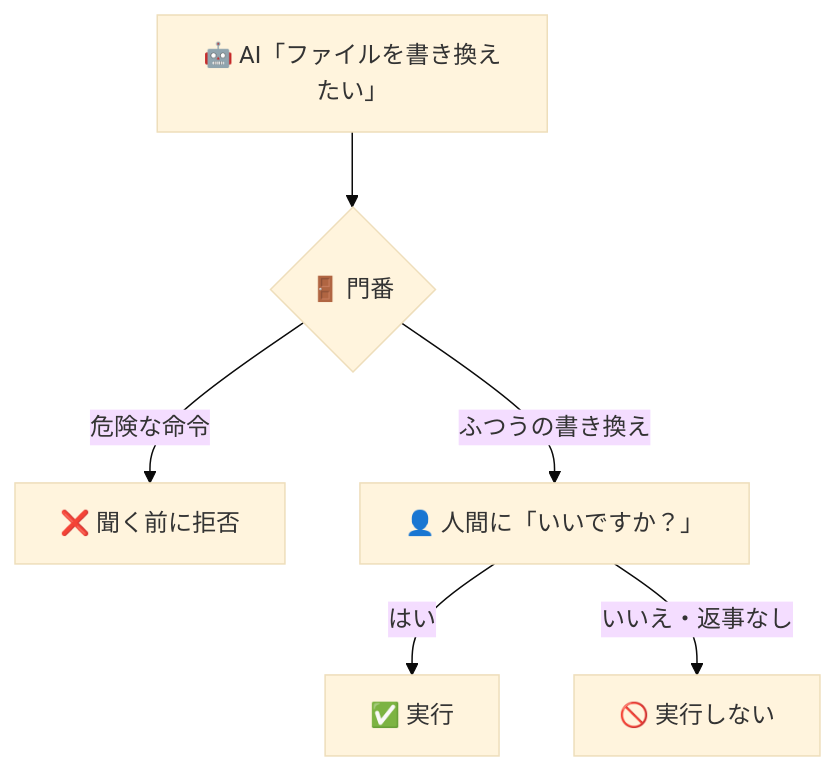
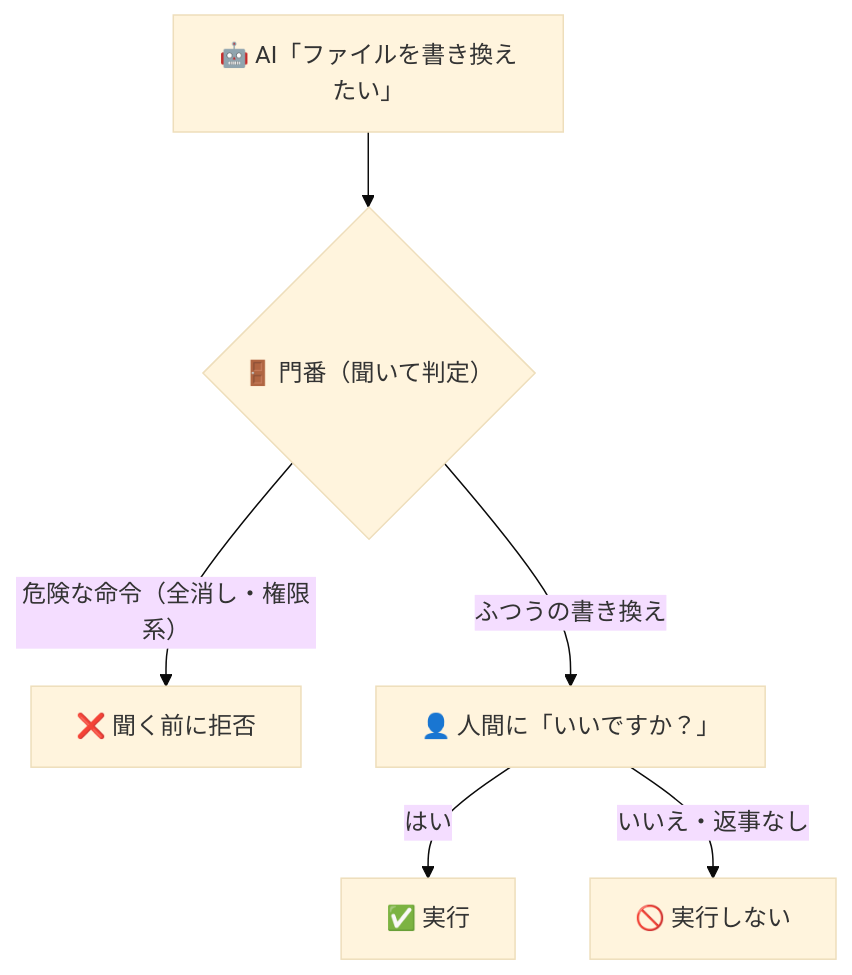
Before and after one commit to fukukei23/cc-stories-guide: the diagram in source/013_AIにファイルを書き換えさせる前に「いいですか？」と聞かせる話.md, drawn with Mermaid (base theme). The commit also changed other lines of this file and 20 other files, not shown here.

Commit message:
fix: MLR採用6件(話数抽出H1優先で重複・ゼロ埋めバッジ修正/CSS fallback/010縦図/012 subgraph/013ラベル具体化)

````diff
--- a/source/013_AIにファイルを書き換えさせる前に「いいですか？」と聞かせる話.md
+++ b/source/013_AIにファイルを書き換えさせる前に「いいですか？」と聞かせる話.md
@@ -15,8 +15,8 @@
 ```mermaid
 flowchart TB
-    A["🤖 AI「ファイルを書き換えたい」"] --> B{"🚪 門番"}
-    B -->|"危険な命令"| C["❌ 聞く前に拒否"]
+    A["🤖 AI「ファイルを書き換えたい」"] --> B{"🚪 門番（聞いて判定）"}
+    B -->|"危険な命令（全消し・権限系）"| C["❌ 聞く前に拒否"]
     B -->|"ふつうの書き換え"| D["👤 人間に「いいですか？」"]
     D -->|"はい"| E["✅ 実行"]
     D -->|"いいえ・返事なし"| F["🚫 実行しない"]
 ```
````
